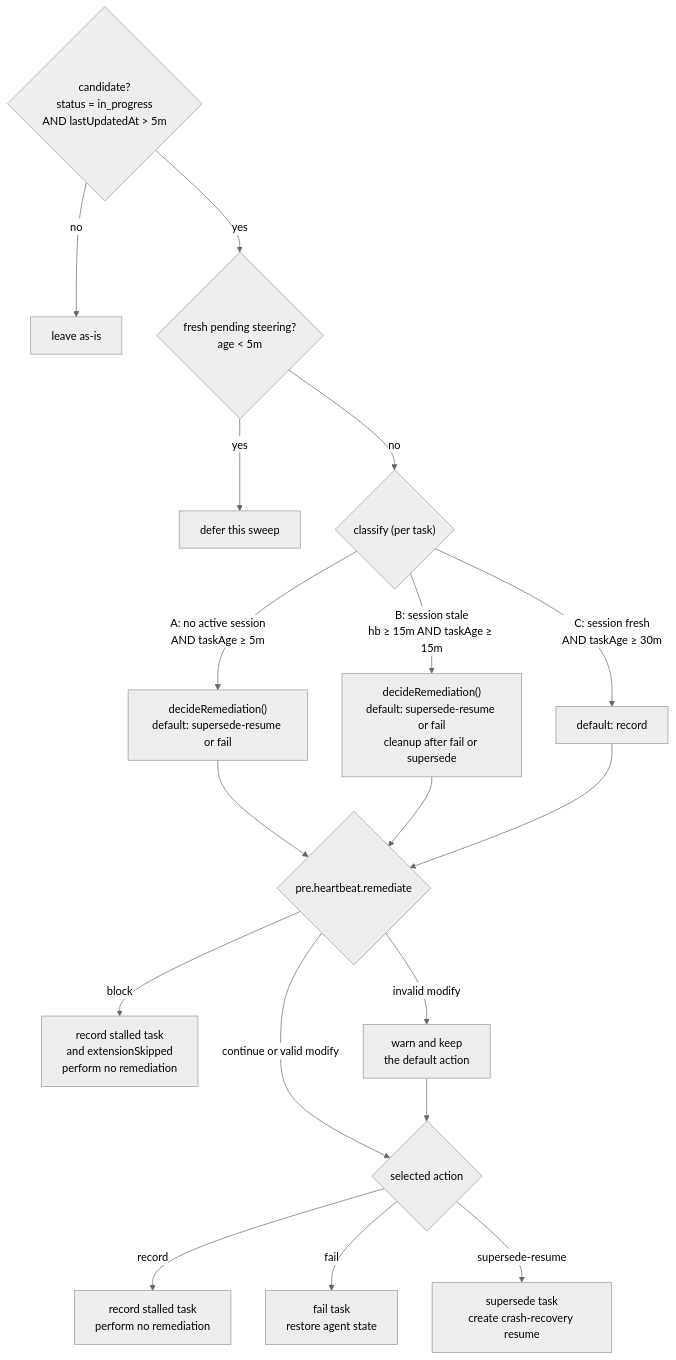
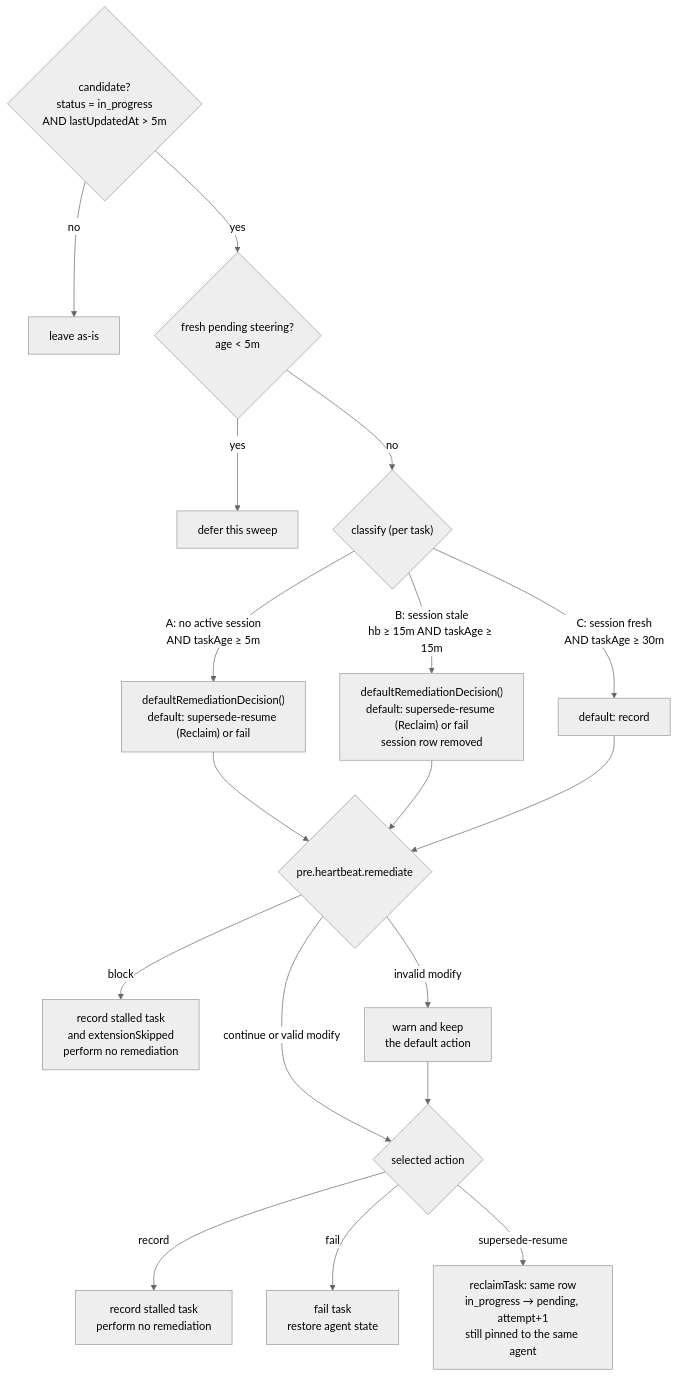
Before and after one commit to desplega-ai/agent-swarm: the second of 4 diagrams in runbooks/heartbeat-crash-recovery.md, drawn with Mermaid (neutral theme). The commit also changed other lines of this file and 30 other files, not shown here.

````diff
--- a/runbooks/heartbeat-crash-recovery.md
+++ b/runbooks/heartbeat-crash-recovery.md
@@ -159,20 +153,20 @@
 ```mermaid
 flowchart TD
   cand{"candidate?<br/>status = in_progress<br/>AND lastUpdatedAt > 5m"} -- no --> skip["leave as-is"]
   cand -- yes --> steer{"fresh pending steering?<br/>age < 5m"}
   steer -- yes --> defer["defer this sweep"]
   steer -- no --> cls{"classify (per task)"}
-  cls -->|"A: no active session<br/>AND taskAge ≥ 5m"| decA["decideRemediation()<br/>default: supersede-resume or fail"]
-  cls -->|"B: session stale<br/>hb ≥ 15m AND taskAge ≥ 15m"| decB["decideRemediation()<br/>default: supersede-resume or fail<br/>cleanup after fail or supersede"]
+  cls -->|"A: no active session<br/>AND taskAge ≥ 5m"| decA["defaultRemediationDecision()<br/>default: supersede-resume (Reclaim) or fail"]
+  cls -->|"B: session stale<br/>hb ≥ 15m AND taskAge ≥ 15m"| decB["defaultRemediationDecision()<br/>default: supersede-resume (Reclaim) or fail<br/>session row removed"]
   cls -->|"C: session fresh<br/>AND taskAge ≥ 30m"| decC["default: record"]
   decA --> hook{"pre.heartbeat.remediate"}
   decB --> hook
   decC --> hook
   hook -->|"block"| blocked["record stalled task<br/>and extensionSkipped<br/>perform no remediation"]
   hook -->|"continue or valid modify"| action{"selected action"}
   hook -->|"invalid modify"| keep["warn and keep<br/>the default action"]
   keep --> action
   action -->|"record"| record["record stalled task<br/>perform no remediation"]
   action -->|"fail"| fail["fail task<br/>restore agent state"]
-  action -->|"supersede-resume"| resume["supersede task<br/>create crash-recovery resume"]
+  action -->|"supersede-resume"| resume["reclaimTask: same row<br/>in_progress → pending, attempt+1<br/>still pinned to the same agent"]
 ```
````
